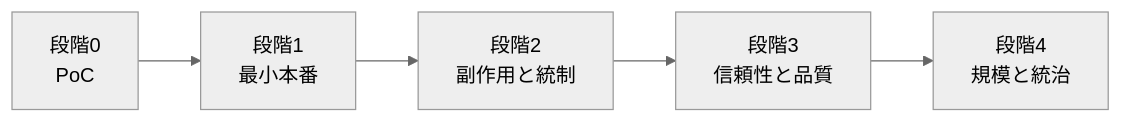
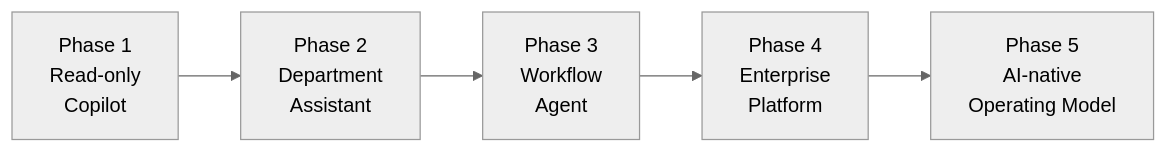
The diagram in docs/integration/roadmap.md (shibuiwilliam/enterprise-agent-reference-architectures), drawn with Mermaid (neutral theme) before and after one commit. The commit also changed other lines of this file and 138 other files, not shown here.

````diff
--- a/docs/integration/roadmap.md
+++ b/docs/integration/roadmap.md
@@ -13,7 +11,7 @@
 ```mermaid
 flowchart LR
-    S0[段階0<br>PoC] --> S1[段階1<br>最小本番]
-    S1 --> S2[段階2<br>副作用と統制]
-    S2 --> S3[段階3<br>信頼性と品質]
-    S3 --> S4[段階4<br>規模と統治]
+    P1[Phase 1<br/>Read-only<br/>Copilot] --> P2[Phase 2<br/>Department<br/>Assistant]
+    P2 --> P3[Phase 3<br/>Workflow<br/>Agent]
+    P3 --> P4[Phase 4<br/>Enterprise<br/>Platform]
+    P4 --> P5[Phase 5<br/>AI-native<br/>Operating Model]
 ```
````
